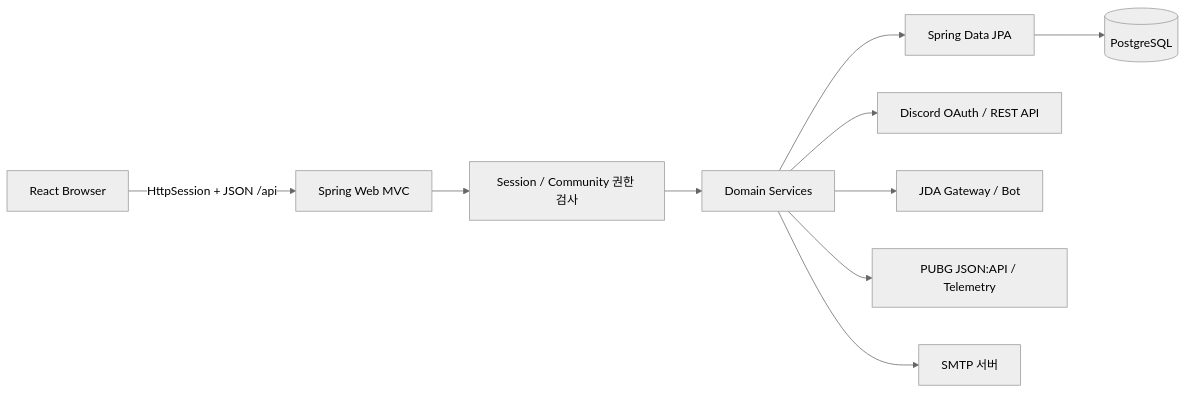
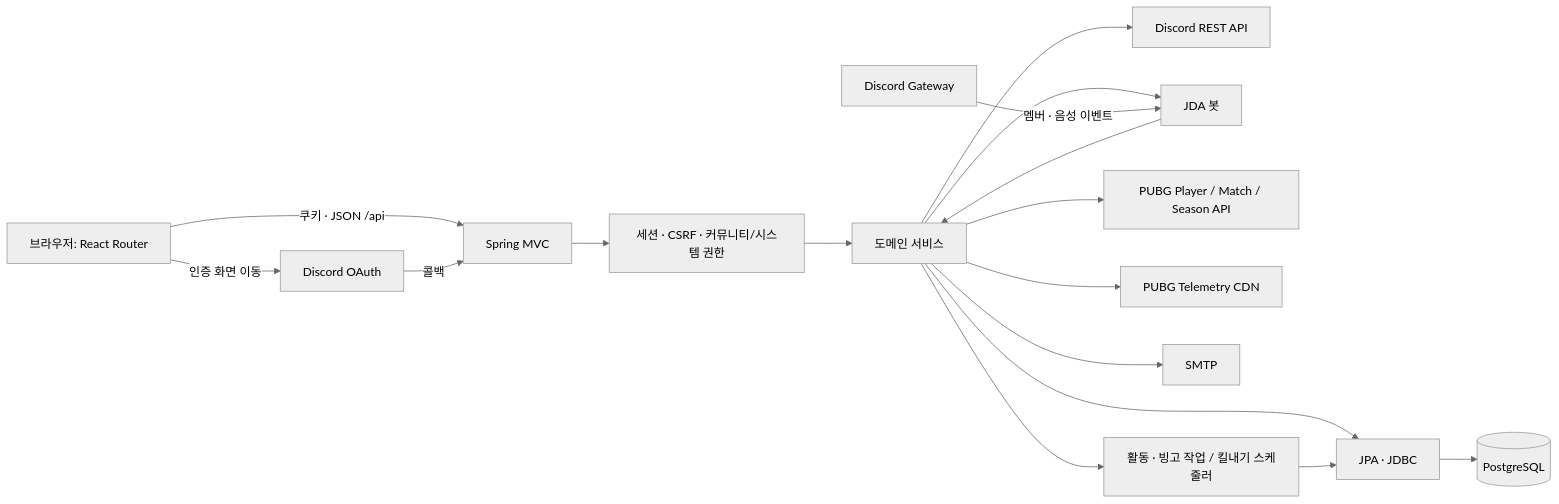
The first of 4 diagrams in README.md (heun0180/guildup), drawn with Mermaid (neutral theme) before and after one commit. The commit also changed other lines of this file and 9 other files, not shown here.

````diff
--- a/README.md
+++ b/README.md
@@ -77,12 +83,19 @@
 ```mermaid
 flowchart LR
-    Browser[React Browser] -->|HttpSession + JSON /api| MVC[Spring Web MVC]
-    MVC --> Access[Session / Community 권한 검사]
-    Access --> Services[Domain Services]
-    Services --> JPA[Spring Data JPA]
-    JPA --> PostgreSQL[(PostgreSQL)]
-    Services --> DiscordREST[Discord OAuth / REST API]
-    Services --> JDA[JDA Gateway / Bot]
-    Services --> PUBG[PUBG JSON:API / Telemetry]
-    Services --> SMTP[SMTP 서버]
+    Browser[브라우저: React Router] -->|쿠키 · JSON /api| MVC[Spring MVC]
+    Browser -->|인증 화면 이동| OAuth[Discord OAuth]
+    OAuth -->|콜백| MVC
+    MVC --> Guard[세션 · CSRF · 커뮤니티/시스템 권한]
+    Guard --> Services[도메인 서비스]
+    Services --> Persistence[JPA · JDBC]
+    Persistence --> DB[(PostgreSQL)]
+    Services --> REST[Discord REST API]
+    Services --> JDA[JDA 봇]
+    Gateway[Discord Gateway] -->|멤버 · 음성 이벤트| JDA
+    JDA --> Services
+    Services --> PUBG[PUBG Player / Match / Season API]
+    Services --> Telemetry[PUBG Telemetry CDN]
+    Services --> SMTP[SMTP]
+    Services --> Jobs[활동 · 빙고 작업 / 킬내기 스케줄러]
+    Jobs --> Persistence
 ```
````
